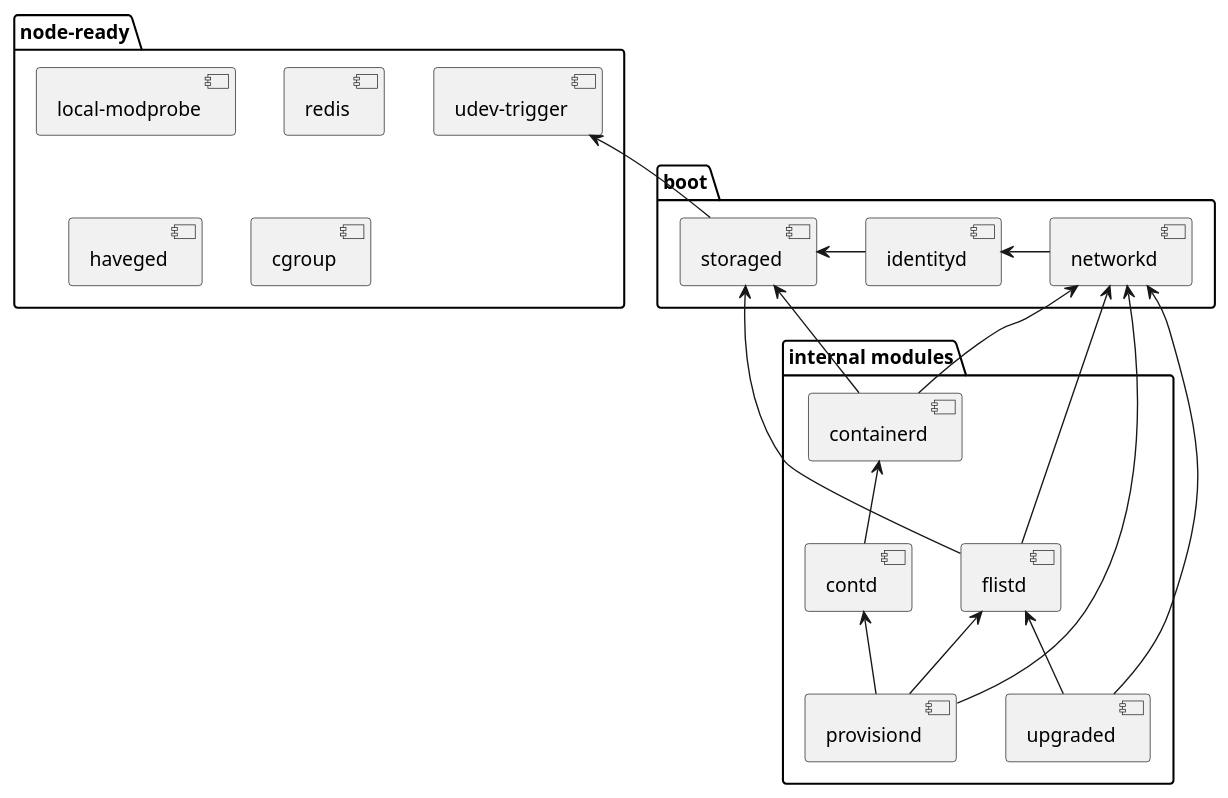
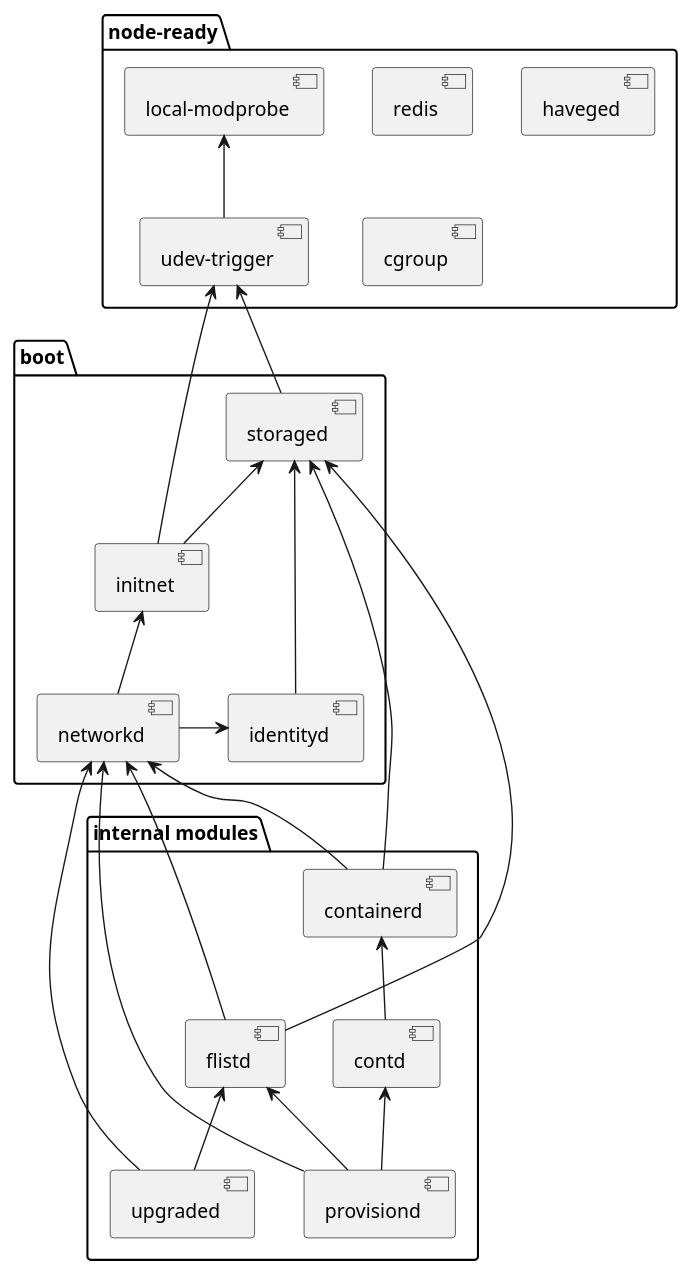
One commit to threefoldtech/zos changed the diagram in assets/boot_sequence.plantuml. Above: the diagram before and after it, drawn with PlantUML. The commit also changed 6 other files, not shown here.

```diff
--- a/assets/boot_sequence.plantuml
+++ b/assets/boot_sequence.plantuml
@@ -1,47 +1,51 @@
 @startuml
 
 package "node-ready"{
     [local-modprobe]
     [udev-trigger]
     [redis]
     [haveged]
     [cgroup]
     [redis]
 }
 
 package "boot" {
     [storaged]
+    [initnet]
     [networkd]
     [identityd]
 }
 
 package "internal modules"{
     [flistd]
     [containerd]
     [contd]
     [upgraded]
     [provisiond]
 }
 
-
+[local-modprobe]<-- [udev-trigger]
 [udev-trigger] <-- [storaged]
-[storaged] <- [identityd]
+[udev-trigger] <-- [initnet]
+[storaged] <-- [initnet]
+[storaged] <-- [identityd]
 
 [identityd] <- [networkd]
 
+[initnet] <-- [networkd]
 [networkd] <-- [containerd]
 [storaged] <-- [containerd]
 
 [containerd] <-- [contd]
 
 [storaged] <-- [flistd]
 [networkd] <-- [flistd]
 
 [flistd] <-- [upgraded]
 [networkd] <-- [upgraded]
 
 [networkd] <-- [provisiond]
 [flistd] <-- [provisiond]
 [contd] <-- [provisiond]
 
 @enduml
```
